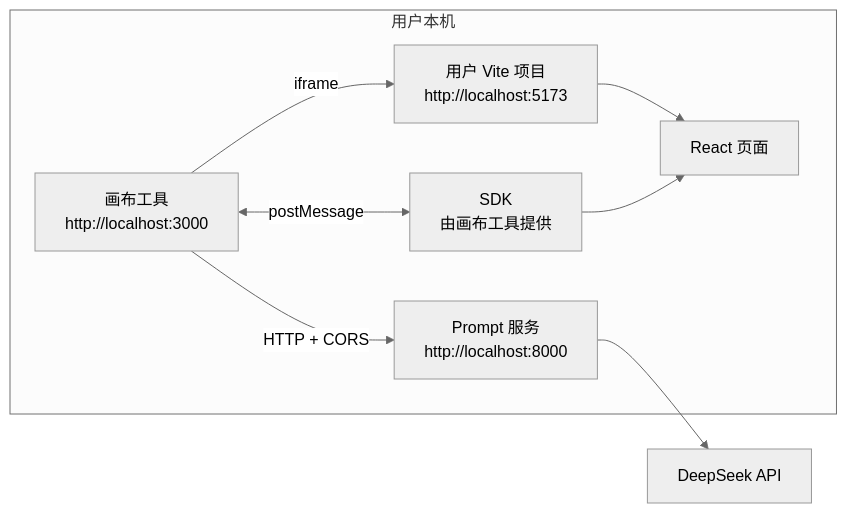
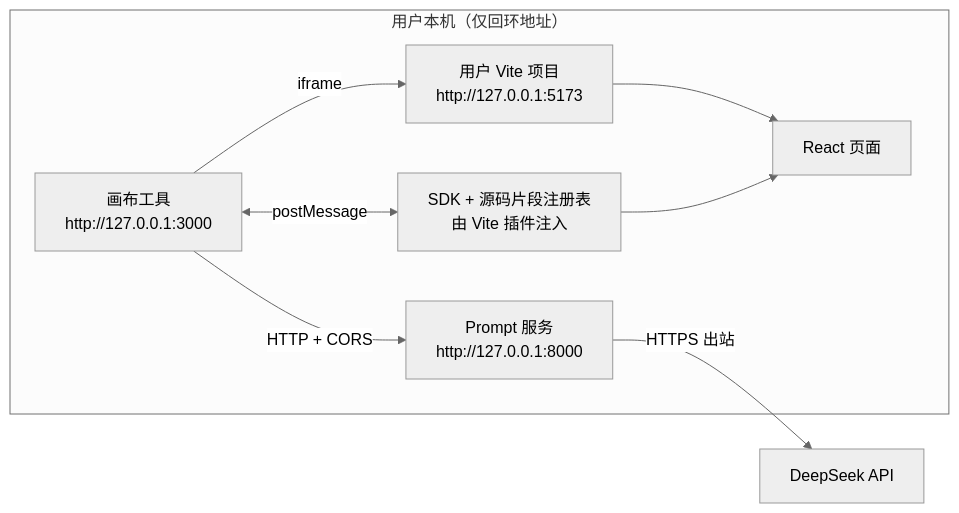
The eighth of 8 diagrams in docs/design/02.整体架构设计.md (Cai199999/vibe-app), drawn with Mermaid (neutral theme) before and after one commit. The commit also changed other lines of this file, not shown here.

````diff
--- a/docs/design/02.整体架构设计.md
+++ b/docs/design/02.整体架构设计.md
@@ -506,16 +946,16 @@
 ```mermaid
 flowchart LR
-    subgraph Machine["用户本机"]
-        HOST["画布工具<br/>http://localhost:3000"]
-        API["Prompt 服务<br/>http://localhost:8000"]
-        VITE["用户 Vite 项目<br/>http://localhost:5173"]
-        SDK["SDK<br/>由画布工具提供"]
+    subgraph Machine["用户本机（仅回环地址）"]
+        HOST["画布工具<br/>http://127.0.0.1:3000"]
+        API["Prompt 服务<br/>http://127.0.0.1:8000"]
+        VITE["用户 Vite 项目<br/>http://127.0.0.1:5173"]
+        SDK["SDK + 源码片段注册表<br/>由 Vite 插件注入"]
         APP["React 页面"]
     end
     HOST -->|"iframe"| VITE
     VITE --> APP
     SDK --> APP
     HOST <-->|"postMessage"| SDK
     HOST -->|"HTTP + CORS"| API
-    API --> DS["DeepSeek API"]
+    API -->|"HTTPS 出站"| DS["DeepSeek API"]
 ```
````
